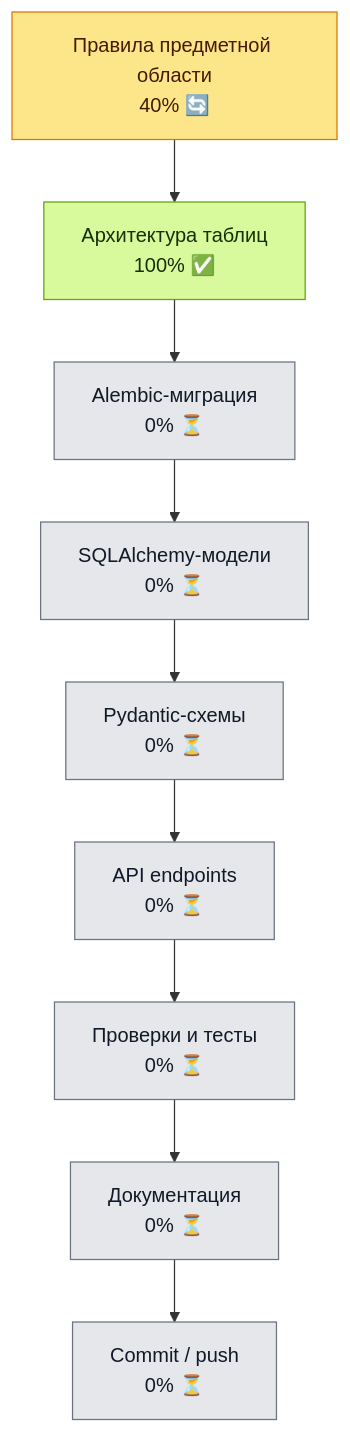
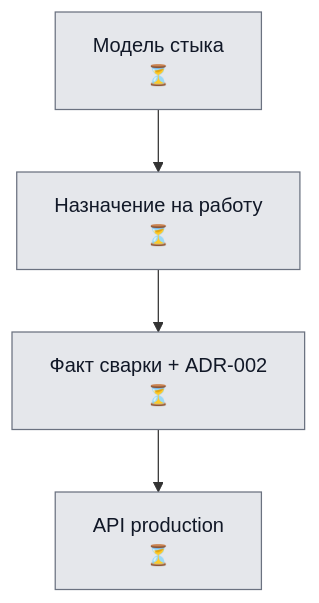
The second of 2 diagrams in docs/project/PROJECT_EXECUTION_MAP.md (fishc7/WeldPassport), drawn with Mermaid before and after one commit. The commit also changed other lines of this file and 10 other files, not shown here.

Commit message:
docs: establish architecture constitution and domain ownership

````diff
--- a/docs/project/PROJECT_EXECUTION_MAP.md
+++ b/docs/project/PROJECT_EXECUTION_MAP.md
@@ -27,19 +33,9 @@
 ```mermaid
 flowchart TD
-    S1["Правила предметной области<br/>40% 🔄"] --> S2["Архитектура таблиц<br/>100% ✅"]
-    S2 --> S3["Alembic-миграция<br/>0% ⏳"]
-    S3 --> S4["SQLAlchemy-модели<br/>0% ⏳"]
-    S4 --> S5["Pydantic-схемы<br/>0% ⏳"]
-    S5 --> S6["API endpoints<br/>0% ⏳"]
-    S6 --> S7["Проверки и тесты<br/>0% ⏳"]
-    S7 --> S8["Документация<br/>0% ⏳"]
-    S8 --> S9["Commit / push<br/>0% ⏳"]
+    S1["Модель стыка<br/>⏳"] --> S2["Назначение на работу<br/>⏳"]
+    S2 --> S3["Факт сварки + ADR-002<br/>⏳"]
+    S3 --> S4["API production<br/>⏳"]
 
-    classDef done fill:#d9f99d,stroke:#65a30d,color:#1a2e05;
-    classDef progress fill:#fde68a,stroke:#d97706,color:#451a03;
     classDef planned fill:#e5e7eb,stroke:#6b7280,color:#111827;
-
-    class S2 done;
-    class S1 progress;
-    class S3,S4,S5,S6,S7,S8,S9 planned;
+    class S1,S2,S3,S4 planned;
 ```
````
